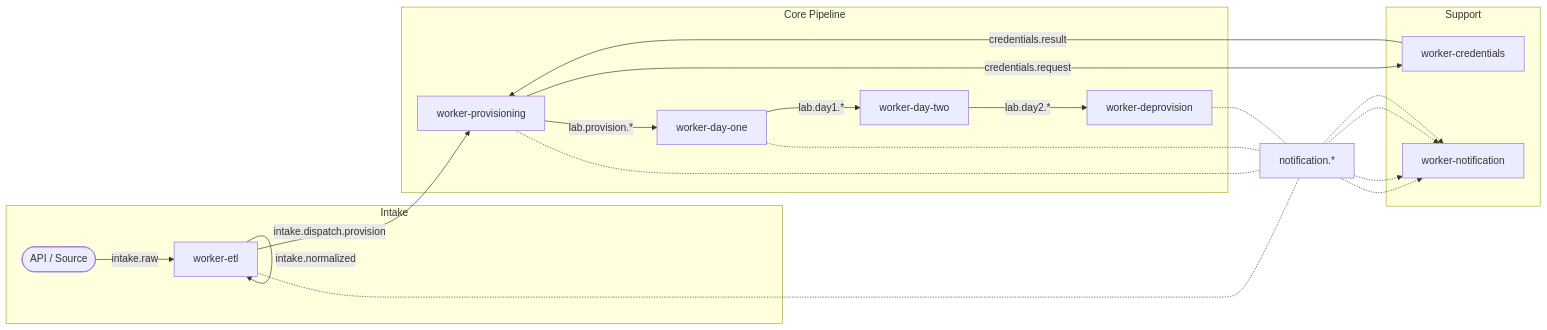
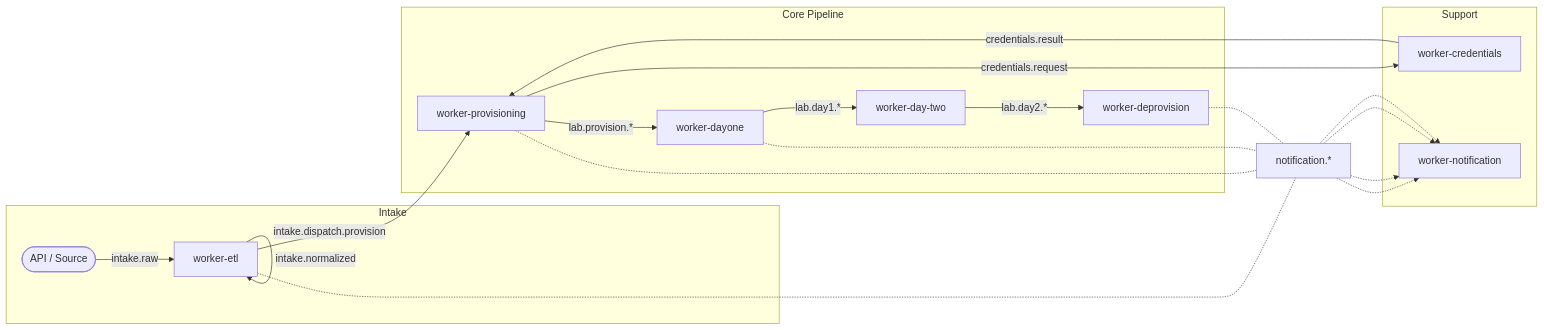
One commit to redhat-openshift-partner-labs/workers changed the first of 3 diagrams in README.md. Above: the diagram before and after it, drawn with Mermaid. The commit also changed other lines of this file and 1 other file, not shown here.

Commit message:
chore: update documentation to use dayone not day-one

````diff
--- a/README.md
+++ b/README.md
@@ -94,34 +94,34 @@
 ```mermaid
 flowchart LR
     subgraph Intake
         API([API / Source])
         ETL[worker-etl]
     end
 
     subgraph Core Pipeline
         PROV[worker-provisioning]
-        D1[worker-day-one]
+        D1[worker-dayone]
         D2[worker-day-two]
         DEPROV[worker-deprovision]
     end
 
     subgraph Support
         CRED[worker-credentials]
         NOTIF[worker-notification]
     end
 
     API -- intake.raw --> ETL
     ETL -- intake.normalized --> ETL
     ETL -- intake.dispatch.provision --> PROV
     PROV -- lab.provision.* --> D1
     D1 -- lab.day1.* --> D2
     D2 -- lab.day2.* --> DEPROV
 
     PROV -- credentials.request --> CRED
     CRED -- credentials.result --> PROV
 
     ETL-.- notification.* -.-> NOTIF
     PROV-.- notification.* -.-> NOTIF
     D1-.- notification.* -.-> NOTIF
     DEPROV-.- notification.* -.-> NOTIF
 ```
````
